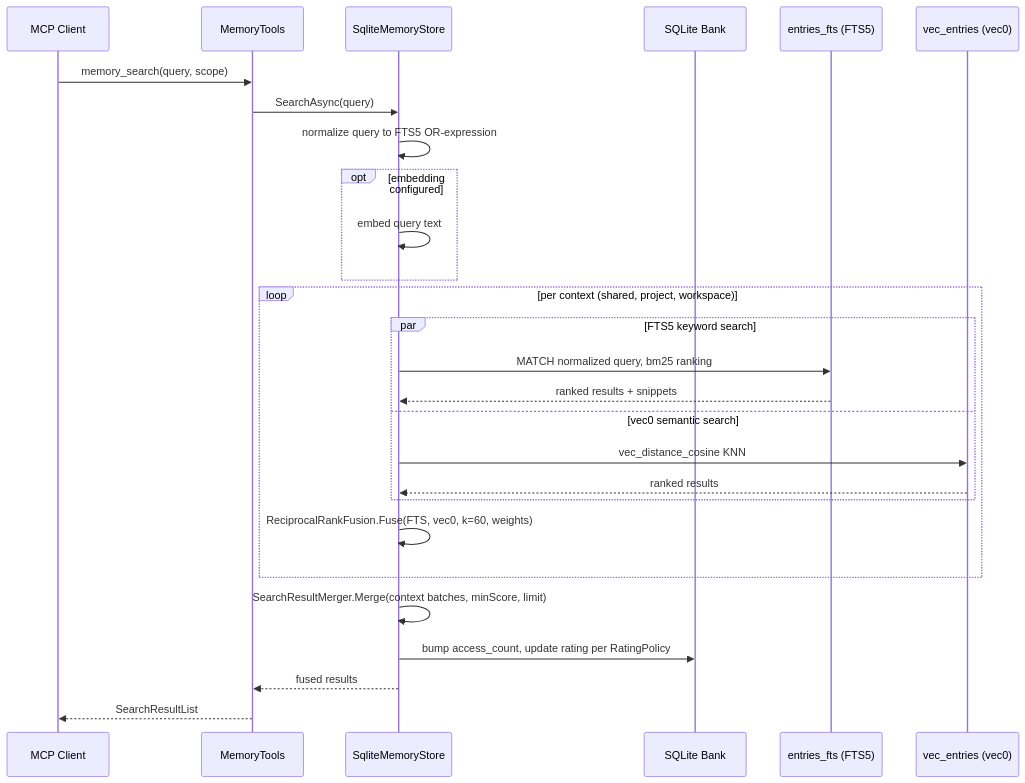
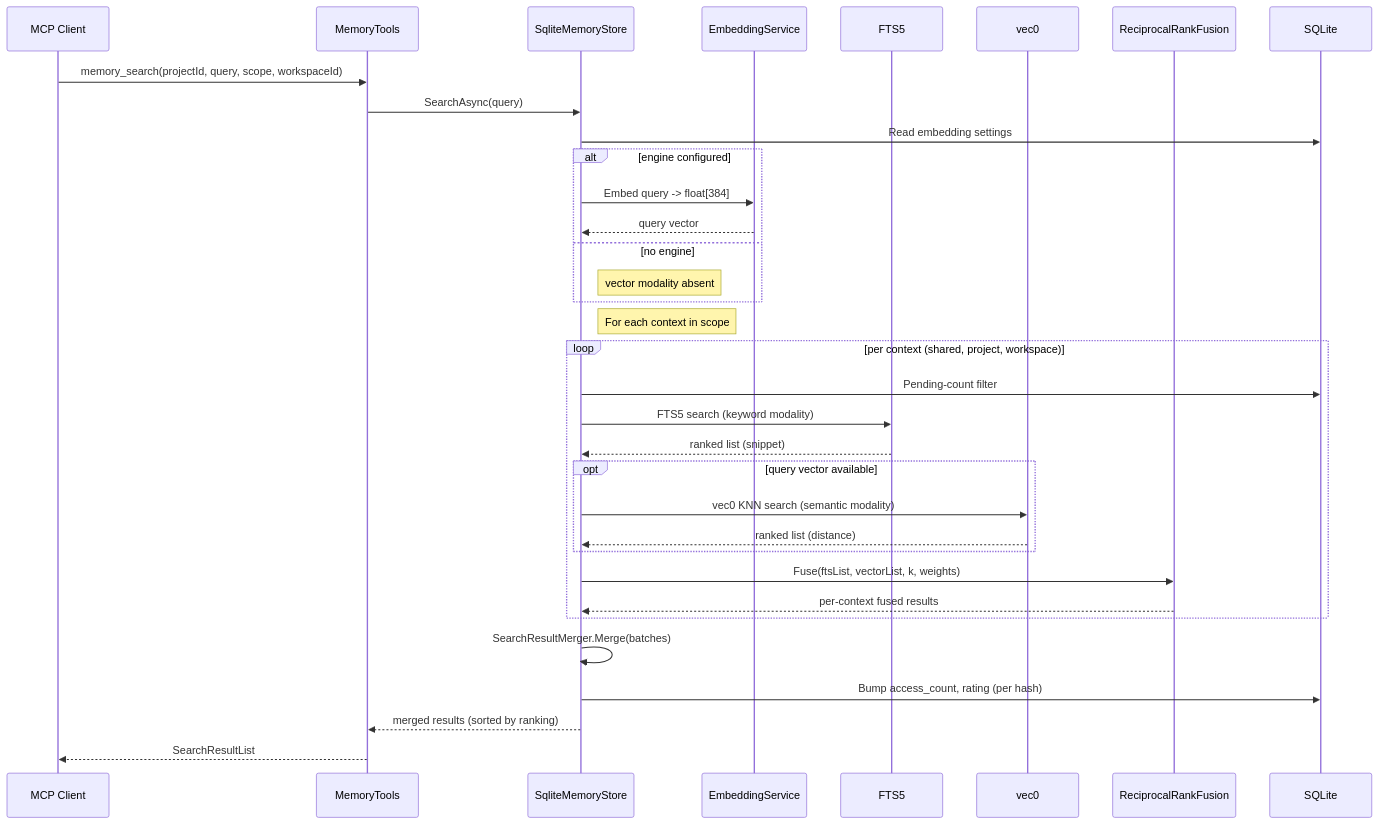
The third of 6 diagrams in docs/explanation/architecture.md (Arasz/ai-raccoon), drawn with Mermaid before and after one commit. The commit also changed other lines of this file, not shown here.

Commit message:
docs: add architecture.md with schema, data flow, query flow, sync cycle, workspace lifecycle, access modes, and algorithm mermaid diagrams

````diff
--- a/docs/explanation/architecture.md
+++ b/docs/explanation/architecture.md
@@ -171,30 +152,37 @@
 ```mermaid
 sequenceDiagram
-  participant CLIENT as MCP Client
-  participant TOOL as MemoryTools
-  participant STORE as SqliteMemoryStore
-  participant DB as SQLite Bank
-  participant FTS as entries_fts (FTS5)
-  participant VEC as vec_entries (vec0)
+    participant C as MCP Client
+    participant M as MemoryTools
+    participant S as SqliteMemoryStore
+    participant E as EmbeddingService
+    participant F as FTS5
+    participant V as vec0
+    participant R as ReciprocalRankFusion
+    participant D as SQLite
 
-  CLIENT->>TOOL: memory_search(query, scope)
-  TOOL->>STORE: SearchAsync(query)
-  STORE->>STORE: normalize query to FTS5 OR-expression
-  opt embedding configured
-    STORE->>STORE: embed query text
-  end
-  loop per context (shared, project, workspace)
-    par FTS5 keyword search
-      STORE->>FTS: MATCH normalized query, bm25 ranking
-      FTS-->>STORE: ranked results + snippets
-    and vec0 semantic search
-      STORE->>VEC: vec_distance_cosine KNN
-      VEC-->>STORE: ranked results
+    C->>M: memory_search(projectId, query, scope, workspaceId)
+    M->>S: SearchAsync(query)
+    S->>D: Read embedding settings
+    alt engine configured
+        S->>E: Embed query -> float[384]
+        E-->>S: query vector
+    else no engine
+        Note right of S: vector modality absent
     end
-    STORE->>STORE: ReciprocalRankFusion.Fuse(FTS, vec0, k=60, weights)
-  end
-  STORE->>STORE: SearchResultMerger.Merge(context batches, minScore, limit)
-  STORE->>DB: bump access_count, update rating per RatingPolicy
-  STORE-->>TOOL: fused results
-  TOOL-->>CLIENT: SearchResultList
+    Note right of S: For each context in scope
+    loop per context (shared, project, workspace)
+        S->>D: Pending-count filter
+        S->>F: FTS5 search (keyword modality)
+        F-->>S: ranked list (snippet)
+        opt query vector available
+            S->>V: vec0 KNN search (semantic modality)
+            V-->>S: ranked list (distance)
+        end
+        S->>R: Fuse(ftsList, vectorList, k, weights)
+        R-->>S: per-context fused results
+    end
+    S->>S: SearchResultMerger.Merge(batches)
+    S->>D: Bump access_count, rating (per hash)
+    S-->>M: merged results (sorted by ranking)
+    M-->>C: SearchResultList
 ```
````
